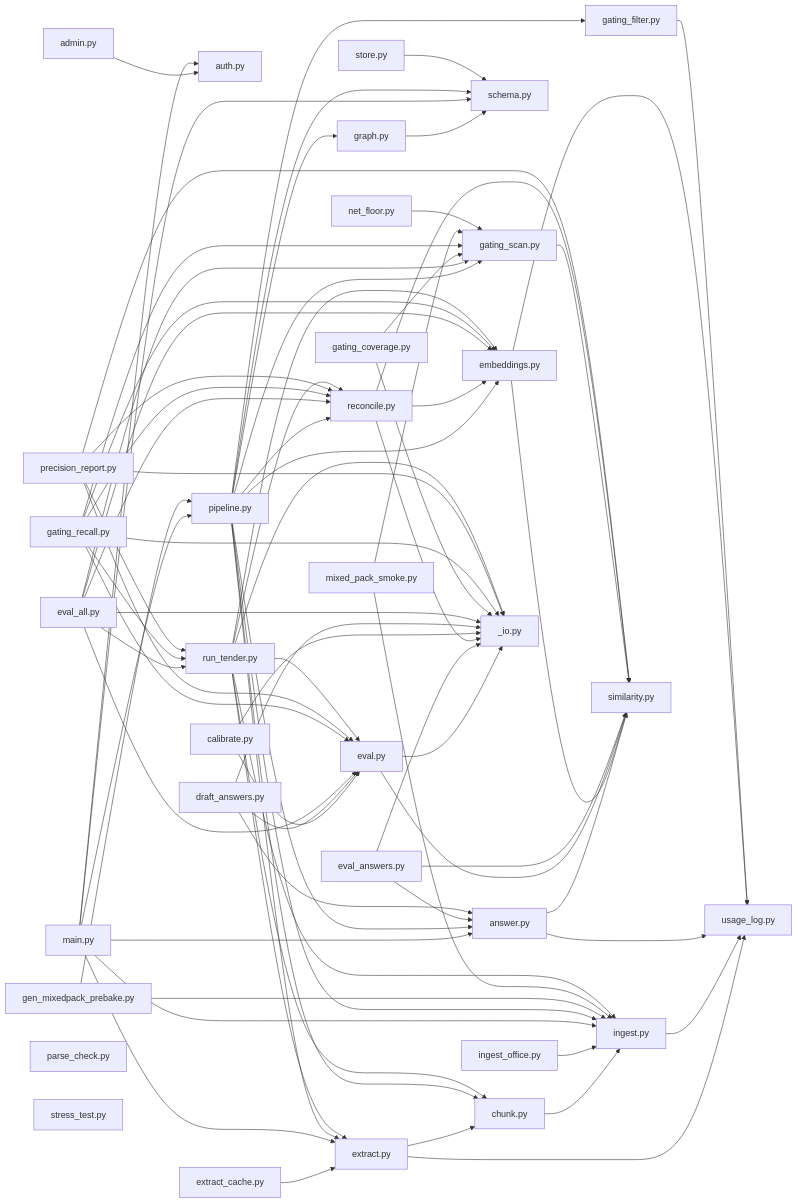
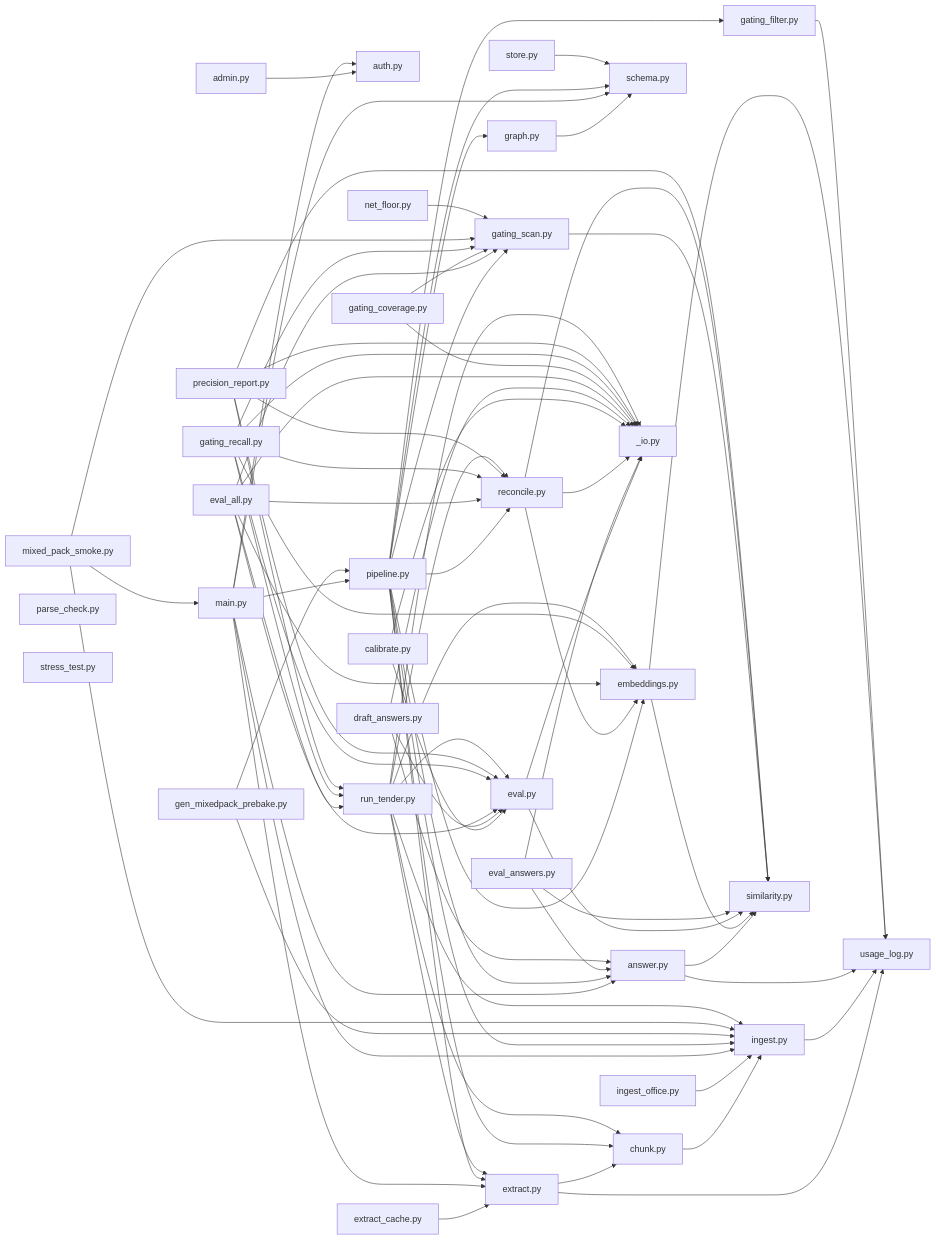
One commit to Welddevelopment/Tender_Breakdown_AI-Agent changed the third of 3 diagrams in CODEMAP.md. Above: the diagram before and after it, drawn with Mermaid. The commit also changed other lines of this file and 7 other files, not shown here.

````diff
--- a/CODEMAP.md
+++ b/CODEMAP.md
@@ -355,80 +355,81 @@
 ```mermaid
 graph LR
   n0[admin.py] --> n1[auth.py]
   n2[chunk.py] --> n3[ingest.py]
   n4[extract.py] --> n2[chunk.py]
   n4[extract.py] --> n5[usage_log.py]
   n6[extract_cache.py] --> n4[extract.py]
   n7[graph.py] --> n8[schema.py]
   n3[ingest.py] --> n5[usage_log.py]
   n9[ingest_office.py] --> n3[ingest.py]
   n10[main.py] --> n1[auth.py]
   n10[main.py] --> n4[extract.py]
   n10[main.py] --> n3[ingest.py]
   n10[main.py] --> n11[pipeline.py]
   n10[main.py] --> n8[schema.py]
   n10[main.py] --> n12[answer.py]
   n11[pipeline.py] --> n2[chunk.py]
   n11[pipeline.py] --> n4[extract.py]
   n11[pipeline.py] --> n7[graph.py]
   n11[pipeline.py] --> n3[ingest.py]
   n11[pipeline.py] --> n8[schema.py]
   n11[pipeline.py] --> n12[answer.py]
   n11[pipeline.py] --> n13[embeddings.py]
   n11[pipeline.py] --> n14[gating_filter.py]
   n11[pipeline.py] --> n15[gating_scan.py]
   n11[pipeline.py] --> n16[reconcile.py]
   n17[store.py] --> n8[schema.py]
   n18[gen_mixedpack_prebake.py] --> n3[ingest.py]
   n18[gen_mixedpack_prebake.py] --> n11[pipeline.py]
   n12[answer.py] --> n19[similarity.py]
   n12[answer.py] --> n5[usage_log.py]
   n13[embeddings.py] --> n19[similarity.py]
   n13[embeddings.py] --> n5[usage_log.py]
   n20[eval.py] --> n21[_io.py]
   n20[eval.py] --> n19[similarity.py]
   n22[eval_answers.py] --> n21[_io.py]
   n22[eval_answers.py] --> n12[answer.py]
   n22[eval_answers.py] --> n19[similarity.py]
   n14[gating_filter.py] --> n5[usage_log.py]
   n15[gating_scan.py] --> n19[similarity.py]
   n16[reconcile.py] --> n21[_io.py]
   n16[reconcile.py] --> n13[embeddings.py]
   n16[reconcile.py] --> n19[similarity.py]
   n23[calibrate.py] --> n21[_io.py]
   n23[calibrate.py] --> n20[eval.py]
   n24[draft_answers.py] --> n21[_io.py]
   n24[draft_answers.py] --> n12[answer.py]
   n24[draft_answers.py] --> n20[eval.py]
   n25[eval_all.py] --> n21[_io.py]
   n25[eval_all.py] --> n13[embeddings.py]
   n25[eval_all.py] --> n20[eval.py]
   n25[eval_all.py] --> n15[gating_scan.py]
   n25[eval_all.py] --> n16[reconcile.py]
   n25[eval_all.py] --> n26[run_tender.py]
   n27[gating_coverage.py] --> n21[_io.py]
   n27[gating_coverage.py] --> n15[gating_scan.py]
   n28[gating_recall.py] --> n21[_io.py]
   n28[gating_recall.py] --> n13[embeddings.py]
   n28[gating_recall.py] --> n20[eval.py]
   n28[gating_recall.py] --> n15[gating_scan.py]
   n28[gating_recall.py] --> n16[reconcile.py]
   n28[gating_recall.py] --> n26[run_tender.py]
   n29[mixed_pack_smoke.py] --> n3[ingest.py]
+  n29[mixed_pack_smoke.py] --> n10[main.py]
   n29[mixed_pack_smoke.py] --> n15[gating_scan.py]
   n30[net_floor.py] --> n15[gating_scan.py]
   n31[precision_report.py] --> n21[_io.py]
   n31[precision_report.py] --> n20[eval.py]
   n31[precision_report.py] --> n16[reconcile.py]
   n31[precision_report.py] --> n26[run_tender.py]
   n31[precision_report.py] --> n19[similarity.py]
   n26[run_tender.py] --> n2[chunk.py]
   n26[run_tender.py] --> n4[extract.py]
   n26[run_tender.py] --> n3[ingest.py]
   n26[run_tender.py] --> n21[_io.py]
   n26[run_tender.py] --> n13[embeddings.py]
   n26[run_tender.py] --> n20[eval.py]
   n26[run_tender.py] --> n16[reconcile.py]
   n32[parse_check.py]
   n33[stress_test.py]
 ```
````
